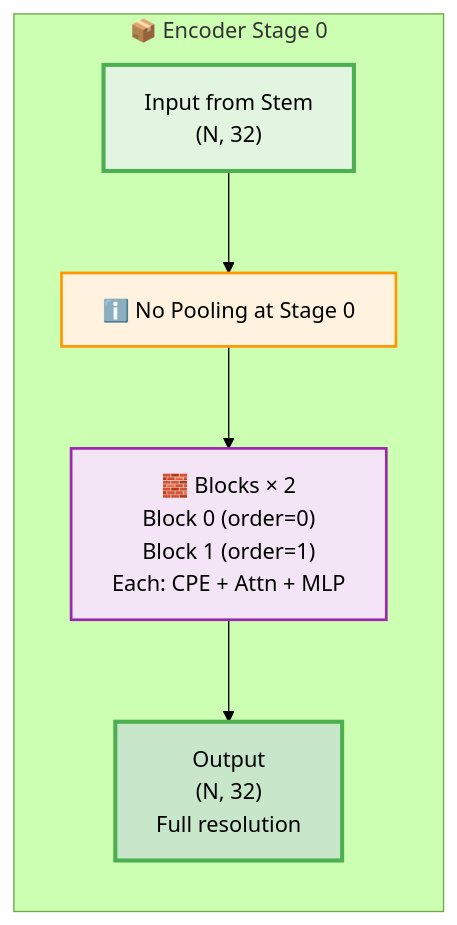
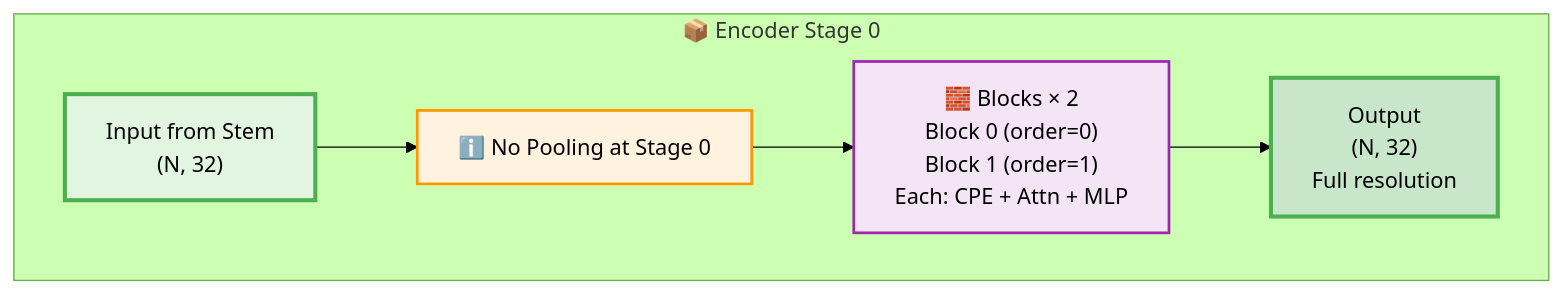
Before and after one commit to antoineach/antoineach.github.io: the sixth of 8 diagrams in _posts/2025-10-30-pointTransformerV3.md, drawn with Mermaid (forest theme). The commit also changed other lines of this file, not shown here.

````diff
--- a/_posts/2025-10-30-pointTransformerV3.md
+++ b/_posts/2025-10-30-pointTransformerV3.md
@@ -1378,28 +1378,28 @@
 ```mermaid
-graph TB
+graph LR
     subgraph ENC_STAGE0["📦 Encoder Stage 0"]
-        direction TB
+        direction LR
         
         ENC0_IN["Input from Stem<br/>(N, 32)"]
         
         NOTE["ℹ️ No Pooling at Stage 0"]
         
         BLOCKS0["🧱 Blocks × 2<br/>Block 0 (order=0)<br/>Block 1 (order=1)<br/>Each: CPE + Attn + MLP"]
         
         ENC0_OUT["Output<br/>(N, 32)<br/>Full resolution"]
         
         ENC0_IN --> NOTE
         NOTE --> BLOCKS0
         BLOCKS0 --> ENC0_OUT
     end
     
     classDef inputStyle fill:#e1f5e1,stroke:#4caf50,stroke-width:3px,color:#000
     classDef noteStyle fill:#fff3e0,stroke:#ff9800,stroke-width:2px,color:#000
     classDef blockStyle fill:#f3e5f5,stroke:#9c27b0,stroke-width:2px,color:#000
     classDef outputStyle fill:#c8e6c9,stroke:#4caf50,stroke-width:3px,color:#000
     
     class ENC0_IN inputStyle
     class NOTE noteStyle
     class BLOCKS0 blockStyle
     class ENC0_OUT outputStyle
 ```
````
